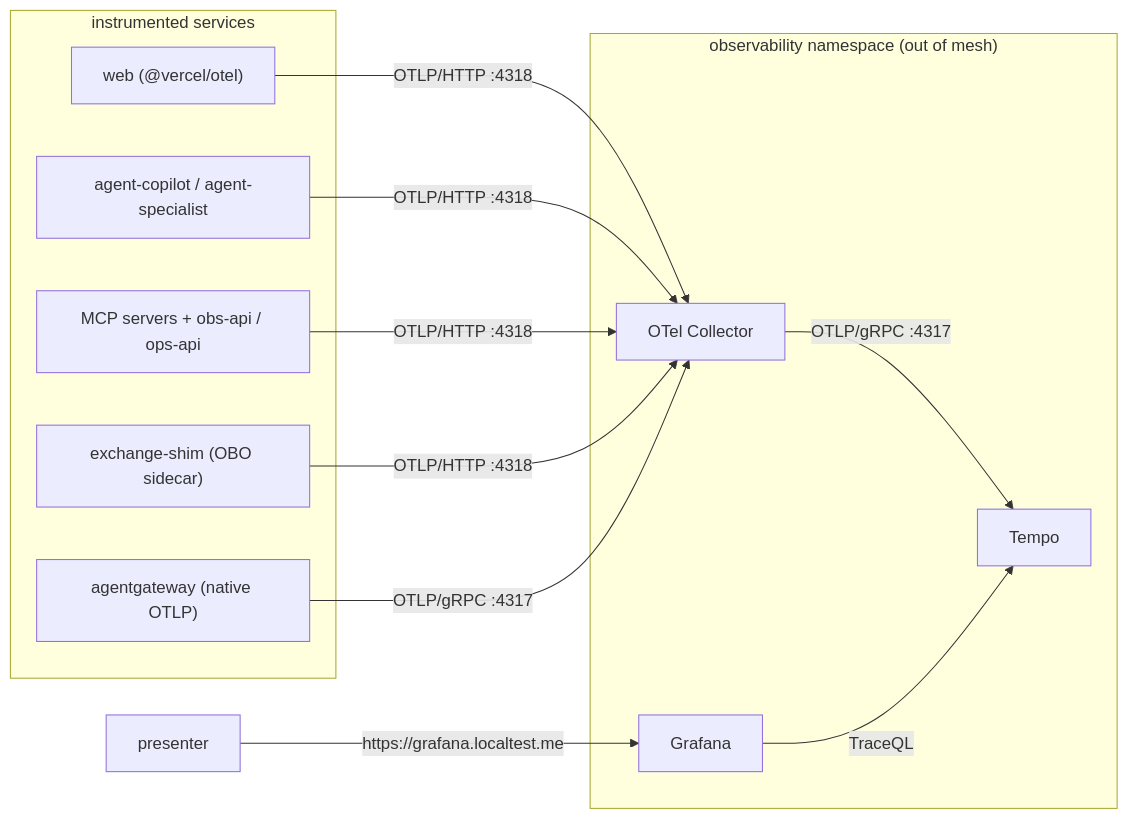
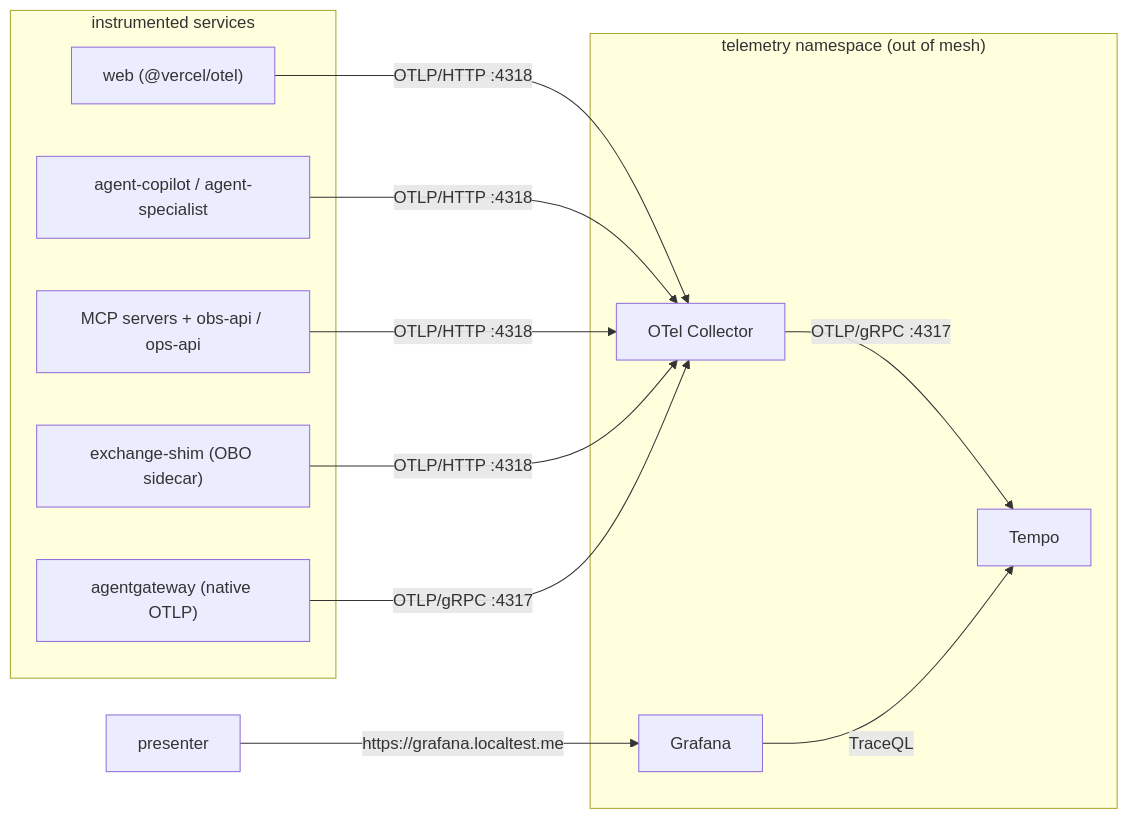
Before and after one commit to curityio/ai-agents-auth-demo: the fourth of 4 diagrams in docs/architecture.md, drawn with Mermaid. The commit also changed other lines of this file and 21 other files, not shown here.

First line of the commit message:
refactor(k8s): rename the telemetry stack observability → telemetry

````diff
--- a/docs/architecture.md
+++ b/docs/architecture.md
@@ -487,23 +487,23 @@
 ```mermaid
 flowchart LR
   subgraph apps["instrumented services"]
     W["web (@vercel/otel)"]
     A["agent-copilot / agent-specialist"]
     M["MCP servers + obs-api / ops-api"]
     GW["agentgateway (native OTLP)"]
     SH["exchange-shim (OBO sidecar)"]
   end
-  subgraph obs_ns["observability namespace (out of mesh)"]
+  subgraph tel_ns["telemetry namespace (out of mesh)"]
     COL["OTel Collector"]
     T["Tempo"]
     G["Grafana"]
   end
   W -- "OTLP/HTTP :4318" --> COL
   A -- "OTLP/HTTP :4318" --> COL
   M -- "OTLP/HTTP :4318" --> COL
   SH -- "OTLP/HTTP :4318" --> COL
   GW -- "OTLP/gRPC :4317" --> COL
   COL -- "OTLP/gRPC :4317" --> T
   G -- "TraceQL" --> T
   P["presenter"] -- "https://grafana.localtest.me" --> G
 ```
````
